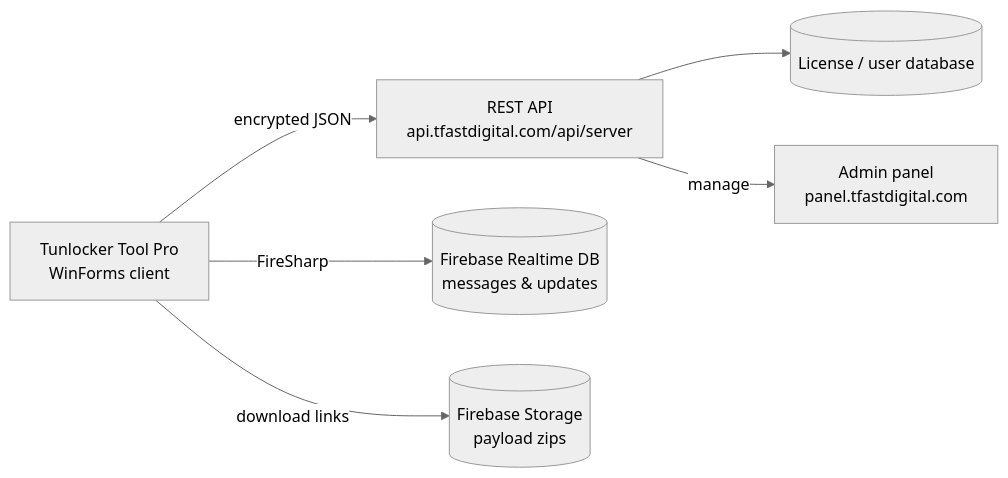
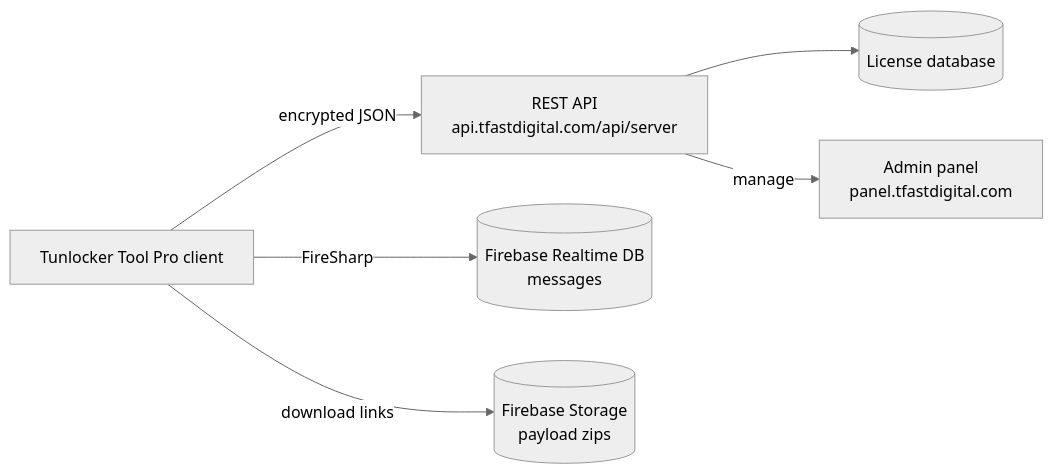
Before and after one commit to tfastdigital/Tunlocker-Tool-Pro: the diagram in docs/BACKEND_GUIDE.md, drawn with Mermaid (neutral theme). The commit also changed other lines of this file and 1 other file, not shown here.

````diff
--- a/docs/BACKEND_GUIDE.md
+++ b/docs/BACKEND_GUIDE.md
@@ -9,14 +7,14 @@
 ```mermaid
 flowchart LR
-    CLIENT[Tunlocker Tool Pro\nWinForms client]
+    CLIENT[Tunlocker Tool Pro client]
     API[REST API\napi.tfastdigital.com/api/server]
-    DB[(License / user database)]
-    RTDB[(Firebase Realtime DB\nmessages & updates)]
+    DB[(License database)]
+    RTDB[(Firebase Realtime DB\nmessages)]
     STORAGE[(Firebase Storage\npayload zips)]
     PANEL[Admin panel\npanel.tfastdigital.com]
 
     CLIENT -- encrypted JSON --> API --> DB
     CLIENT -- FireSharp --> RTDB
     CLIENT -- download links --> STORAGE
     API -- manage --> PANEL
 ```
````
